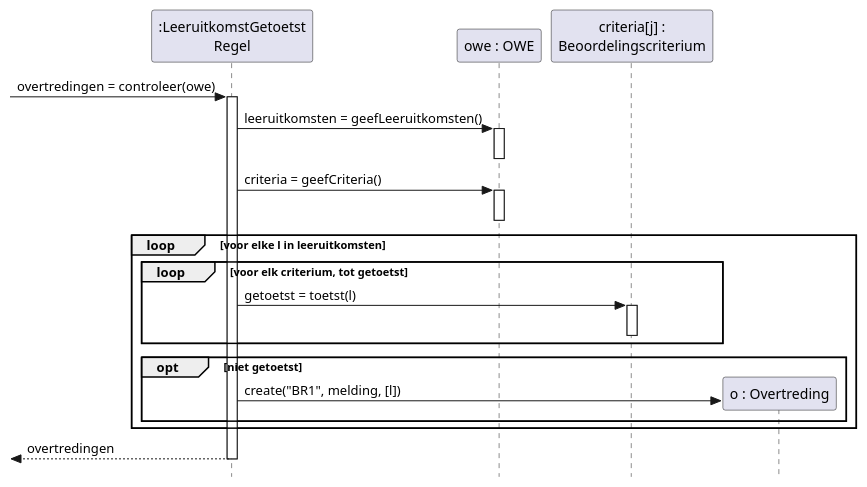
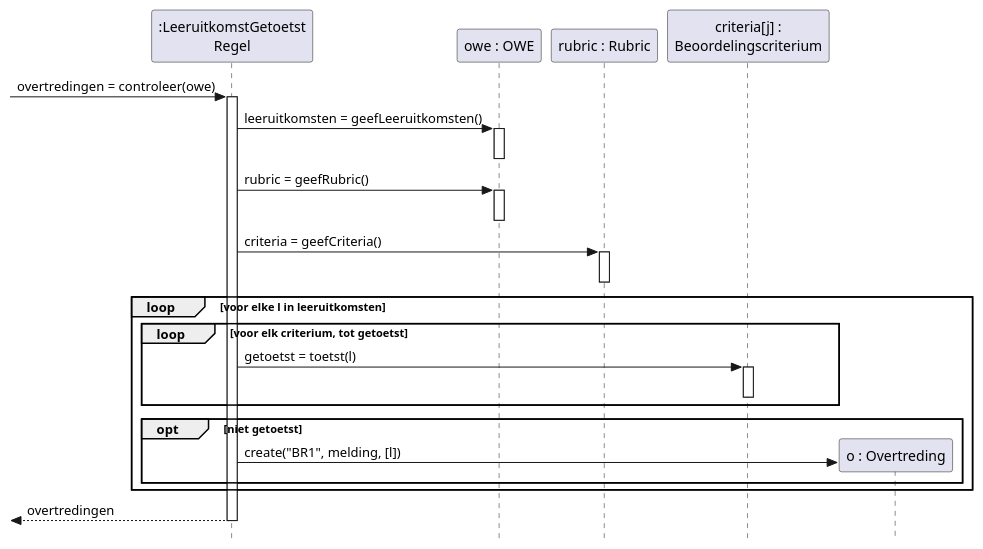
One commit to HAN-Craftsmanship-KL-JJG/casus changed the diagram in docs/diagrams/sd-br1-leeruitkomst-getoetst.puml. Above: the diagram before and after it, drawn with PlantUML. The commit also changed 18 other files, not shown here.

First line of the commit message:
refactor(docs): split OWE into Rubric and Planning

```diff
--- a/docs/diagrams/sd-br1-leeruitkomst-getoetst.puml
+++ b/docs/diagrams/sd-br1-leeruitkomst-getoetst.puml
@@ -1,35 +1,39 @@
 @startuml sd-br1-leeruitkomst-getoetst
 ' Sequence diagram van LeeruitkomstGetoetstRegel.controleer (BR1).
 ' Toelichting: docs/08-sequencediagrammen.md
 skinparam style strictuml
 skinparam shadowing false
 skinparam defaultFontName Helvetica
 hide footbox
 
 participant ":LeeruitkomstGetoetst\nRegel" as regel
 participant "owe : OWE" as owe
+participant "rubric : Rubric" as rubric
 participant "criteria[j] :\nBeoordelingscriterium" as criterium
 participant "o : Overtreding" as overtreding
 
 [-> regel : overtredingen = controleer(owe)
 activate regel
 regel -> owe : leeruitkomsten = geefLeeruitkomsten()
 activate owe
 deactivate owe
-regel -> owe : criteria = geefCriteria()
+regel -> owe : rubric = geefRubric()
 activate owe
 deactivate owe
+regel -> rubric : criteria = geefCriteria()
+activate rubric
+deactivate rubric
 loop voor elke l in leeruitkomsten
   loop voor elk criterium, tot getoetst
     regel -> criterium : getoetst = toetst(l)
     activate criterium
     deactivate criterium
   end
   opt niet getoetst
     create overtreding
     regel -> overtreding : create("BR1", melding, [l])
   end
 end
 [<-- regel : overtredingen
 deactivate regel
 @enduml
```
